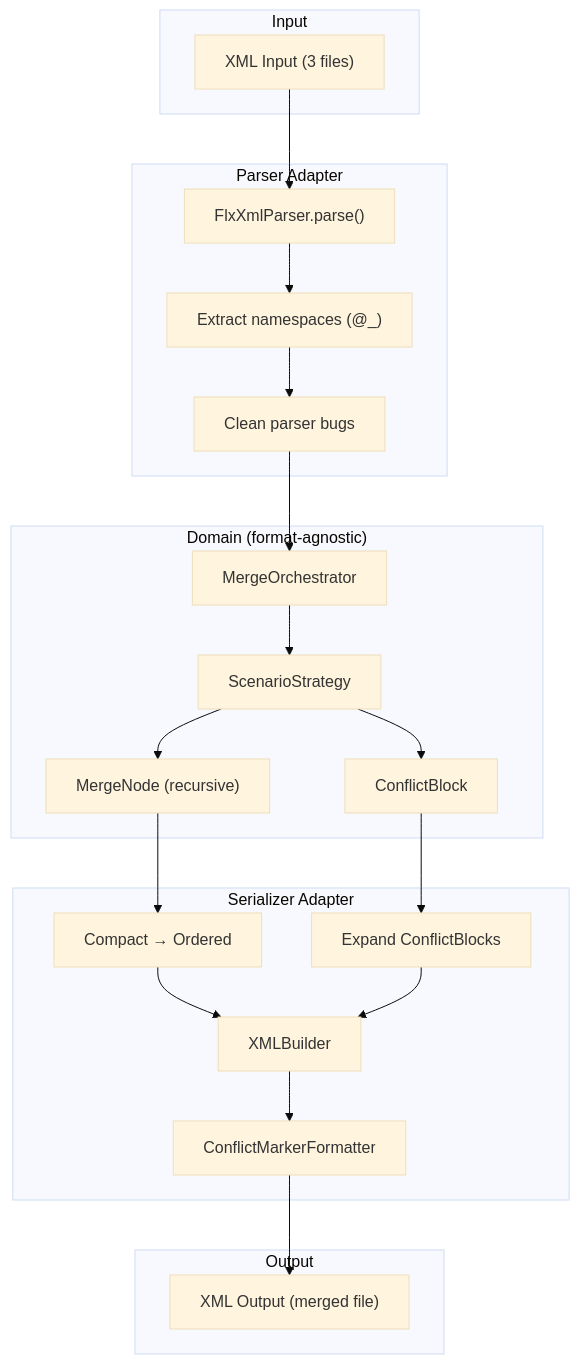
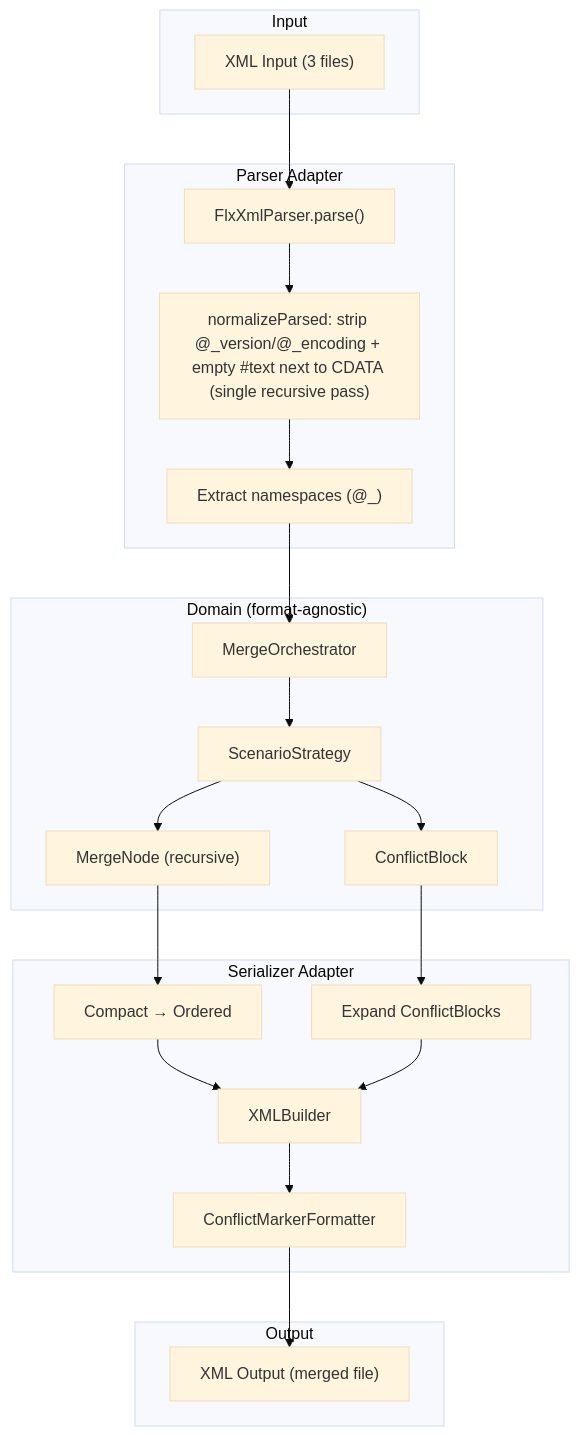
Before and after one commit to scolladon/sf-git-merge-driver: the sixth of 8 diagrams in DESIGN.md, drawn with Mermaid (base theme). The commit also changed other lines of this file and 55 other files, not shown here.

````diff
--- a/DESIGN.md
+++ b/DESIGN.md
@@ -270,40 +275,40 @@
 ```mermaid
 flowchart TD
     subgraph Input
         XML["XML Input (3 files)"]
     end
 
     subgraph "Parser Adapter"
         Parse["FlxXmlParser.parse()"]
+        Normalize["normalizeParsed: strip @_version/@_encoding + empty #text next to CDATA (single recursive pass)"]
         Extract["Extract namespaces (@_)"]
-        Clean["Clean parser bugs"]
     end
 
     subgraph "Domain (format-agnostic)"
         Orchestrator["MergeOrchestrator"]
         Strategy["ScenarioStrategy"]
         Nodes["MergeNode (recursive)"]
         Conflict["ConflictBlock"]
     end
 
     subgraph "Serializer Adapter"
         Convert["Compact → Ordered"]
         Expand["Expand ConflictBlocks"]
         Build["XMLBuilder"]
         Format["ConflictMarkerFormatter"]
     end
 
     subgraph Output
         Result["XML Output (merged file)"]
     end
 
-    XML --> Parse --> Extract --> Clean --> Orchestrator
+    XML --> Parse --> Normalize --> Extract --> Orchestrator
     Orchestrator --> Strategy
     Strategy --> Nodes
     Strategy --> Conflict
     Nodes --> Convert
     Conflict --> Expand
     Convert --> Build
     Expand --> Build
     Build --> Format --> Result
 ```
````
